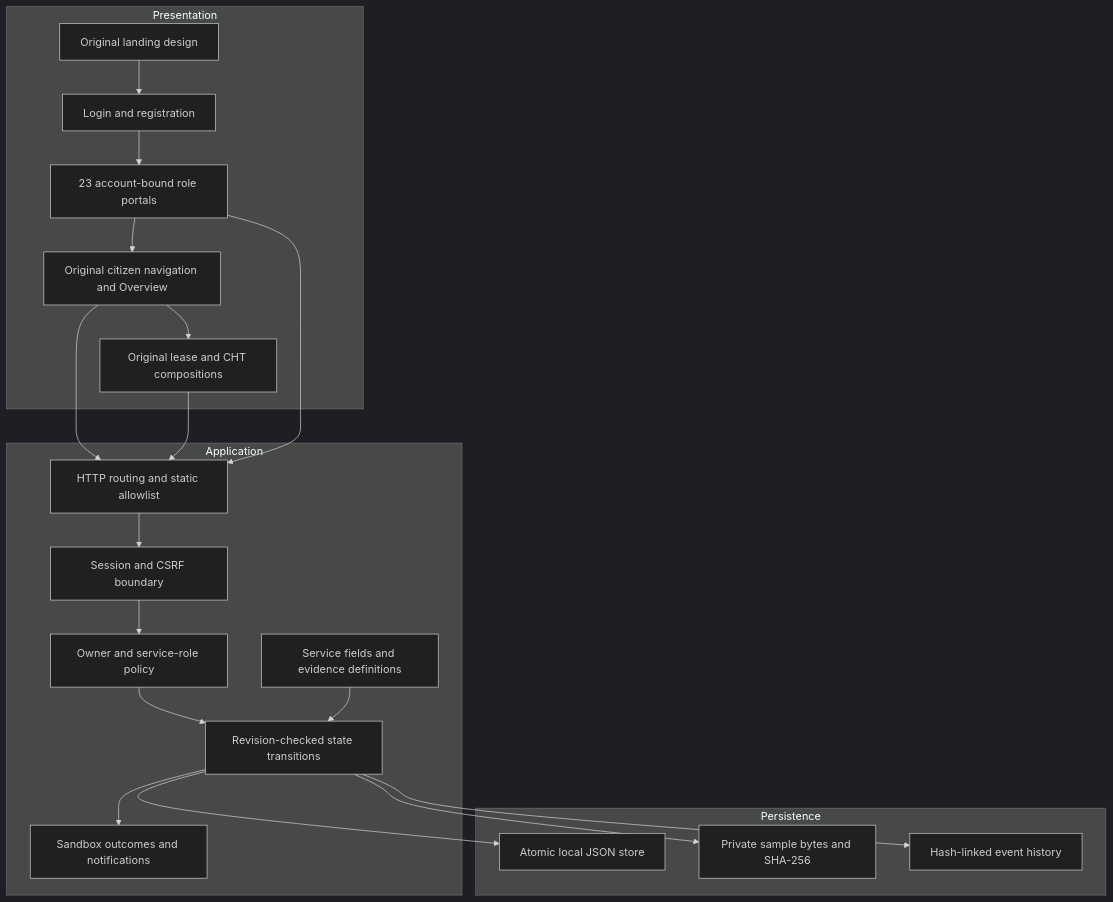
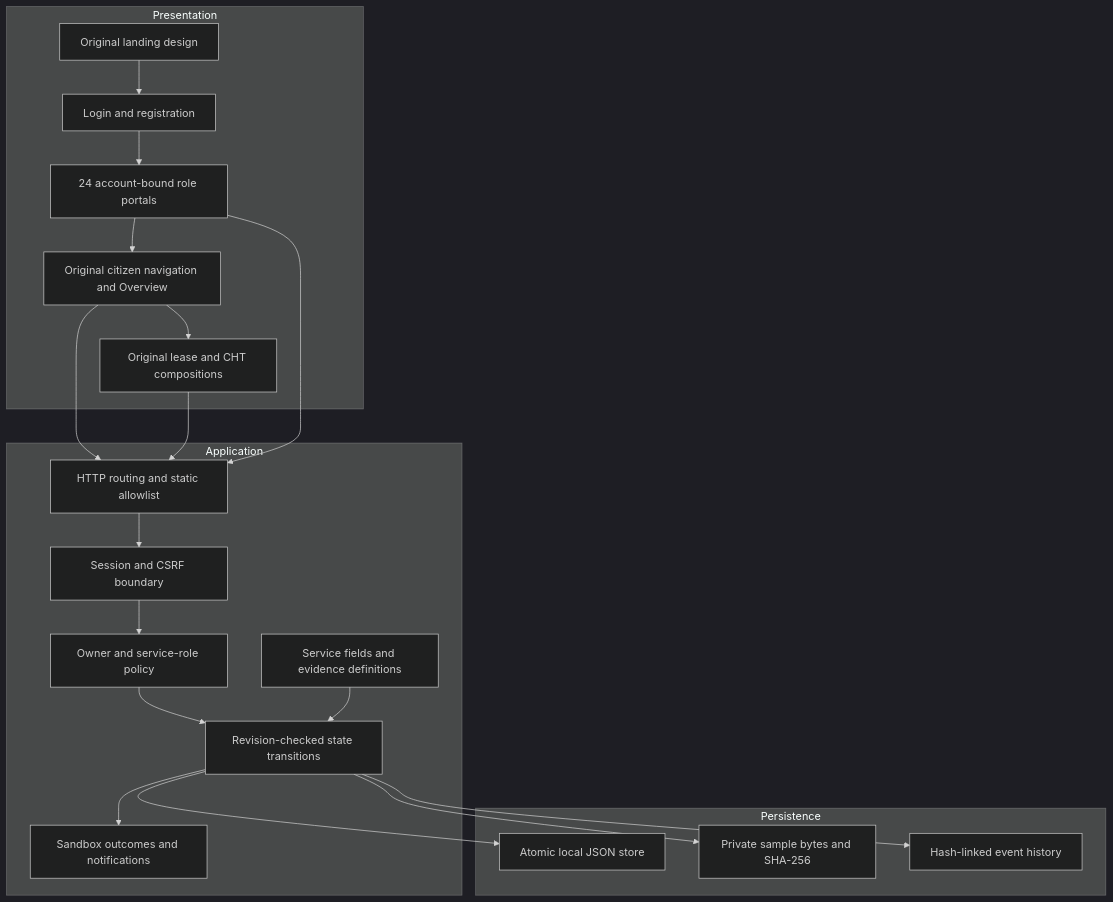
Before and after one commit to Shreyalien/E-Bhumi: the first of 2 diagrams in docs/ARCHITECTURE.md, drawn with Mermaid (dark theme). The commit also changed other lines of this file and 111 other files, not shown here.

````diff
--- a/docs/ARCHITECTURE.md
+++ b/docs/ARCHITECTURE.md
@@ -5,35 +5,35 @@
 ```mermaid
 flowchart TB
     subgraph Presentation
         Landing[Original landing design]
         Auth[Login and registration]
         Citizen[Original citizen navigation and Overview]
         Regional[Original lease and CHT compositions]
-        Roles[23 account-bound role portals]
+        Roles[24 account-bound role portals]
     end
     subgraph Application
         HTTP[HTTP routing and static allowlist]
         Session[Session and CSRF boundary]
         Access[Owner and service-role policy]
         Engine[Revision-checked state transitions]
         Catalog[Service fields and evidence definitions]
         Output[Sandbox outcomes and notifications]
     end
     subgraph Persistence
         Store[Atomic local JSON store]
         Evidence[Private sample bytes and SHA-256]
         Audit[Hash-linked event history]
     end
     Landing --> Auth --> Roles
     Roles --> Citizen
     Citizen --> Regional
     Citizen --> HTTP
     Regional --> HTTP
     Roles --> HTTP
     HTTP --> Session --> Access --> Engine
     Catalog --> Engine
     Engine --> Store
     Engine --> Evidence
     Engine --> Audit
     Engine --> Output
 ```
````
